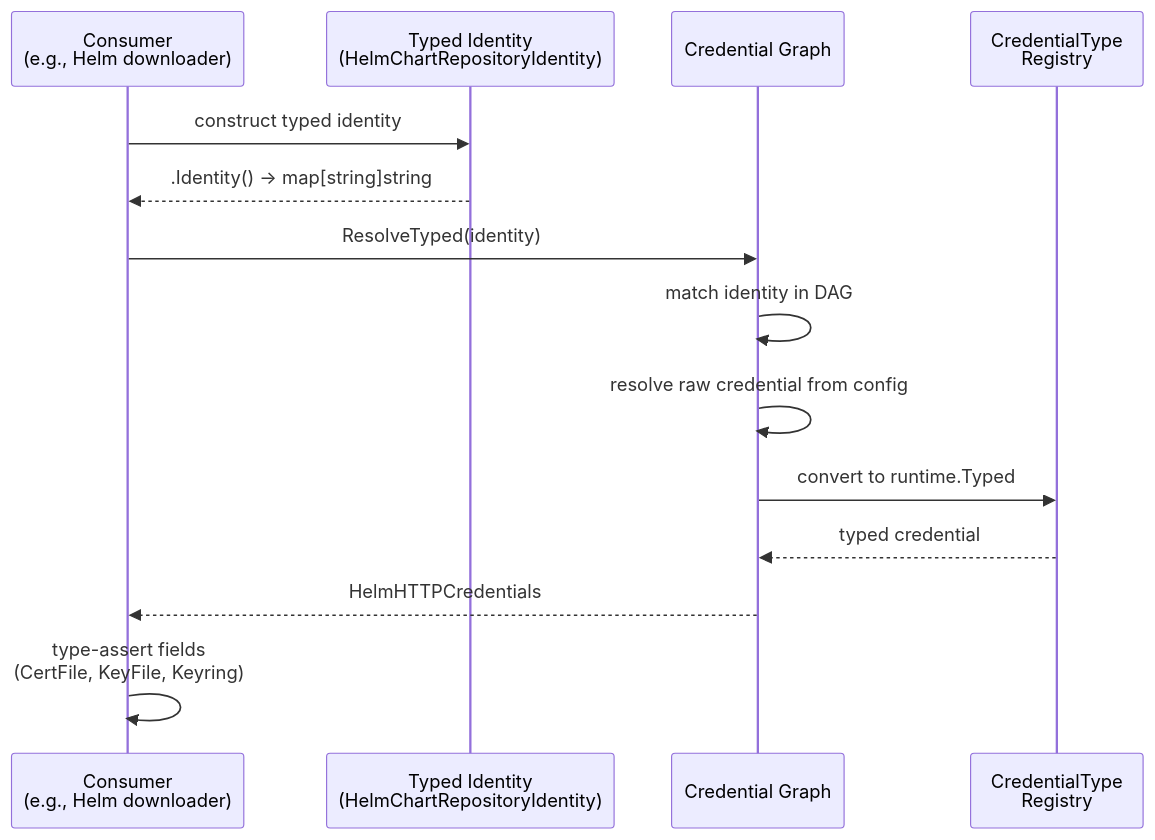
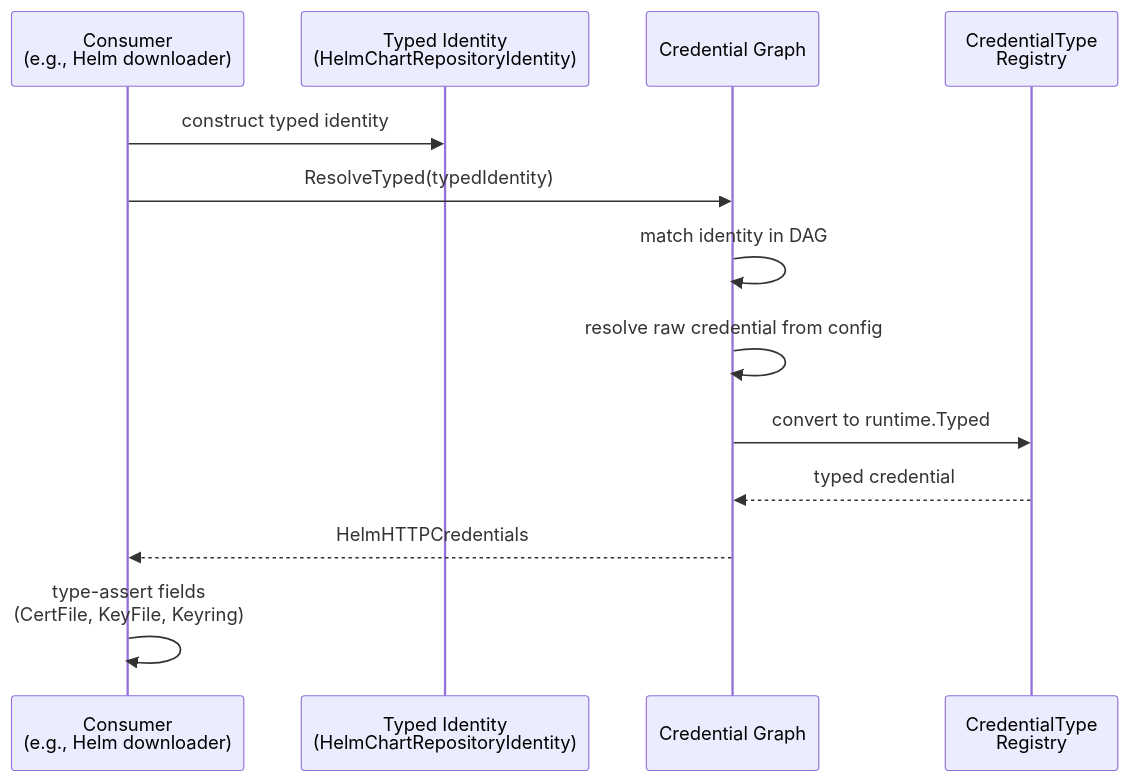
Before and after one commit to open-component-model/open-component-model: the first of 2 diagrams in docs/adr/0018_typed_credentials.md, drawn with Mermaid. The commit also changed other lines of this file and 18 other files, not shown here.

````diff
--- a/docs/adr/0018_typed_credentials.md
+++ b/docs/adr/0018_typed_credentials.md
@@ -100,17 +112,16 @@
 ```mermaid
 sequenceDiagram
     participant C as Consumer<br/>(e.g., Helm downloader)
     participant I as Typed Identity<br/>(HelmChartRepositoryIdentity)
     participant G as Credential Graph
     participant S as CredentialType<br/>Registry
 
     C->>I: construct typed identity
-    I-->>C: .Identity() → map[string]string
-    C->>G: ResolveTyped(identity)
+    C->>G: ResolveTyped(typedIdentity)
     G->>G: match identity in DAG
     G->>G: resolve raw credential from config
     G->>S: convert to runtime.Typed
     S-->>G: typed credential
     G-->>C: HelmHTTPCredentials
     C->>C: type-assert fields<br/>(CertFile, KeyFile, Keyring)
 ```
````
